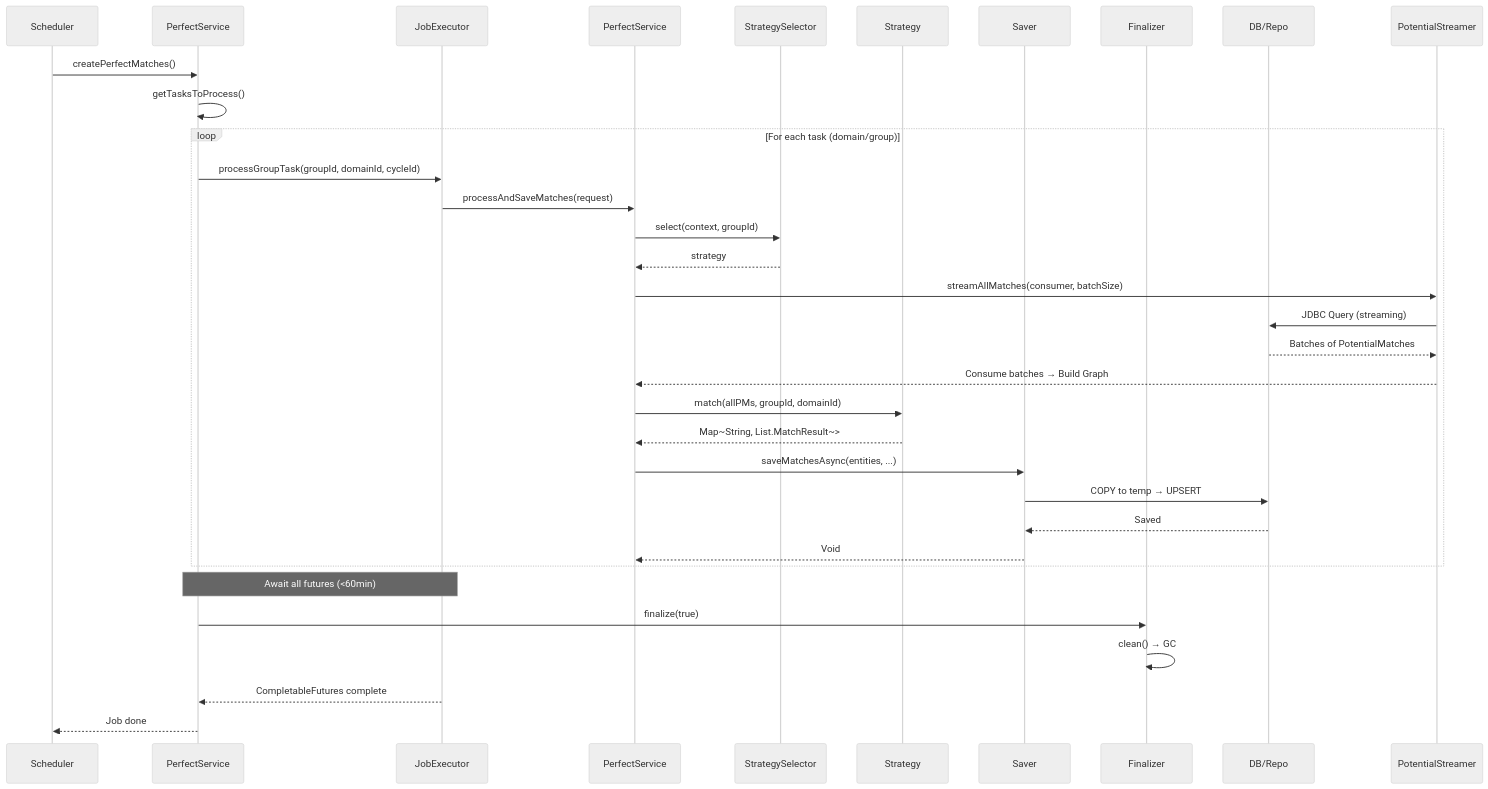
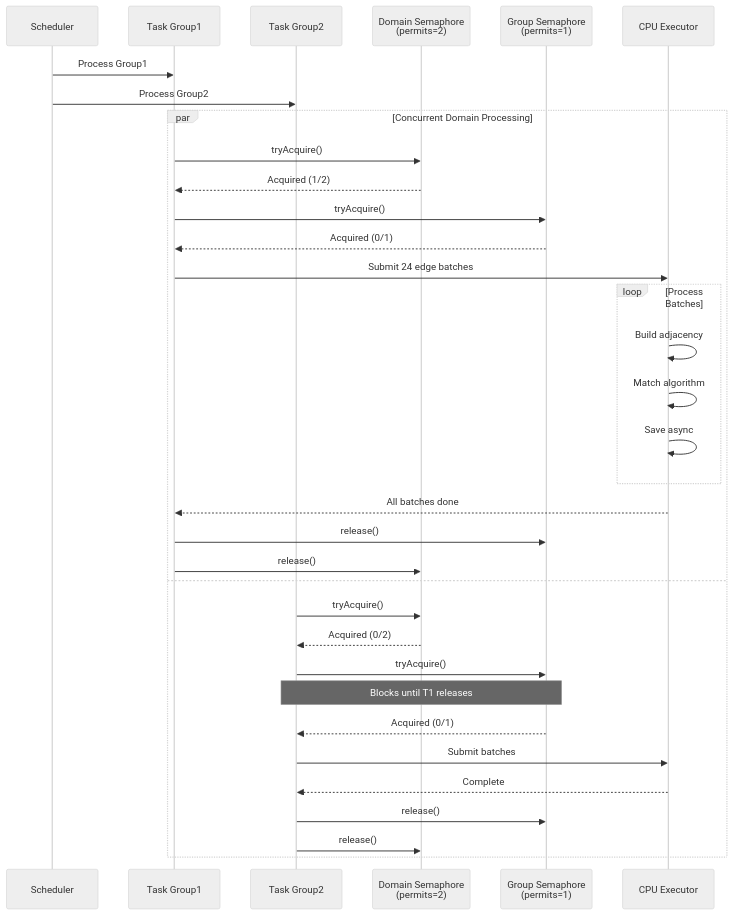
Before and after one commit to kagit00/schedule_x: diagram 14 of 24 in docs/Low Level Designs/ScheduledPerfectMatchesCreation.md, drawn with Mermaid (neutral theme). The commit also changed other lines of this file, not shown here.

````diff
--- a/docs/Low Level Designs/ScheduledPerfectMatchesCreation.md
+++ b/docs/Low Level Designs/ScheduledPerfectMatchesCreation.md
@@ -172,36 +603,42 @@
 ```mermaid
 sequenceDiagram
     participant S as Scheduler
-    participant PS as PerfectService
-    participant PE as JobExecutor
-    participant PM as PerfectService
-    participant SS as StrategySelector
-    participant STRAT as Strategy
-    participant SAVER as Saver
-    participant FIN as Finalizer
-    participant DB as DB/Repo
-
-    S->>PS: createPerfectMatches()
-    PS->>PS: getTasksToProcess()
-    loop For each task (domain/group)
-        PS->>PE: processGroupTask(groupId, domainId, cycleId)
-        PE->>PM: processAndSaveMatches(request)
-        PM->>SS: select(context, groupId)
-        SS-->>PM: strategy
-        PM->>PotentialStreamer: streamAllMatches(consumer, batchSize)
-        PotentialStreamer->>DB: JDBC Query (streaming)
-        DB-->>PotentialStreamer: Batches of PotentialMatches
-        PotentialStreamer-->>PM: Consume batches → Build Graph
-        PM->>STRAT: match(allPMs, groupId, domainId)
-        STRAT-->>PM: Map~String, List.MatchResult~>
-        PM->>SAVER: saveMatchesAsync(entities, ...)
-        SAVER->>DB: COPY to temp → UPSERT
-        DB-->>SAVER: Saved
-        SAVER-->>PM: Void
+    participant T1 as Task Group1
+    participant T2 as Task Group2
+    participant DS as Domain Semaphore<br/>(permits=2)
+    participant GS as Group Semaphore<br/>(permits=1)
+    participant CPU as CPU Executor
+    
+    S->>T1: Process Group1
+    S->>T2: Process Group2
+    
+    par Concurrent Domain Processing
+        T1->>DS: tryAcquire()
+        DS-->>T1: Acquired (1/2)
+        T1->>GS: tryAcquire()
+        GS-->>T1: Acquired (0/1)
+        
+        T1->>CPU: Submit 24 edge batches
+        
+        loop Process Batches
+            CPU->>CPU: Build adjacency
+            CPU->>CPU: Match algorithm
+            CPU->>CPU: Save async
+        end
+        
+        CPU-->>T1: All batches done
+        T1->>GS: release()
+        T1->>DS: release()
+    and
+        T2->>DS: tryAcquire()
+        DS-->>T2: Acquired (0/2)
+        T2->>GS: tryAcquire()
+        Note over T2,GS: Blocks until T1 releases
+        GS-->>T2: Acquired (0/1)
+        
+        T2->>CPU: Submit batches
+        CPU-->>T2: Complete
+        T2->>GS: release()
+        T2->>DS: release()
     end
-    Note over PS,PE: Await all futures (<60min)
-    PS->>FIN: finalize(true)
-    FIN->>FIN: clean() → GC
-    PE-->>PS: CompletableFutures complete
-    PS-->>S: Job done
 ```
````
